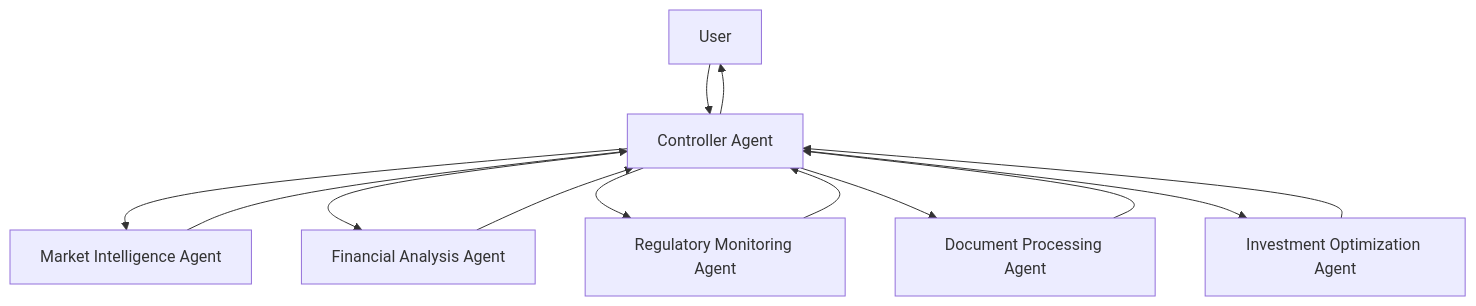
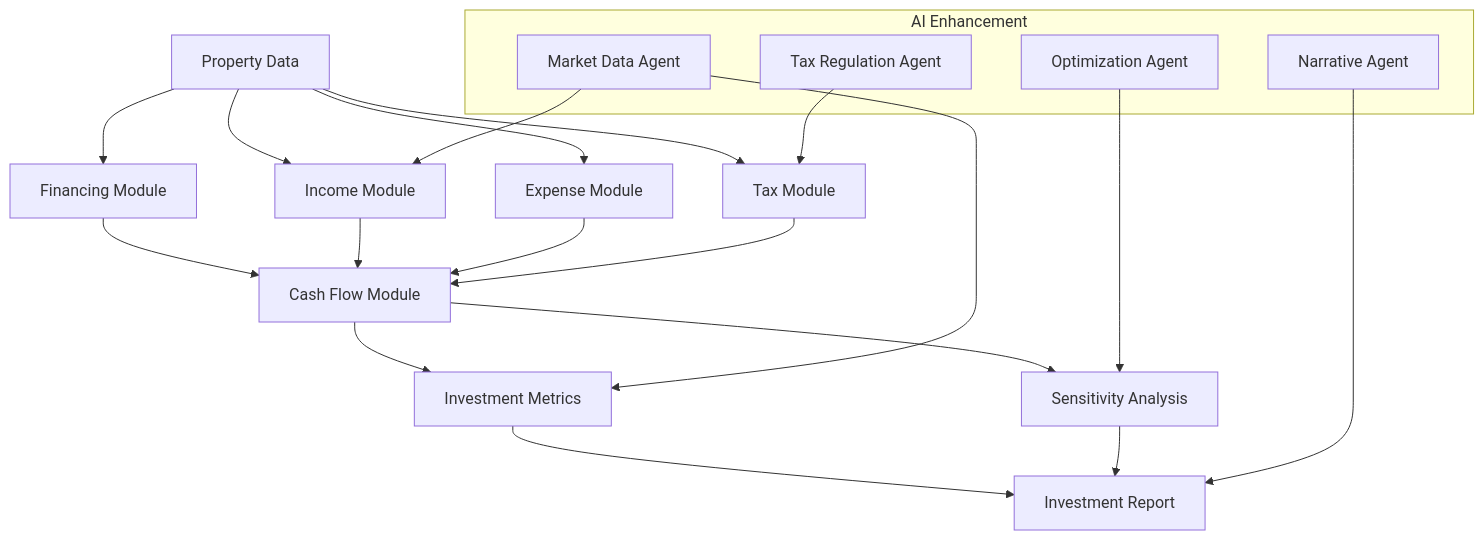
One commit to iAli61/investment_agent changed the fifth of 5 diagrams in RDP-Agents.md. Above: the diagram before and after it, drawn with Mermaid. The commit also changed other lines of this file and 24 other files, not shown here.

````diff
--- a/RDP-Agents.md
+++ b/RDP-Agents.md
@@ -412,18 +410,31 @@
 ```mermaid
 flowchart TD
-    User[User] --> Controller[Controller Agent]
+    PropData[Property Data] --> Financing[Financing Module]
+    PropData --> Income[Income Module]
+    PropData --> Expense[Expense Module]
+    PropData --> Tax[Tax Module]
     
-    Controller --> MarketAgent[Market Intelligence Agent]
-    Controller --> FinancialAgent[Financial Analysis Agent]
-    Controller --> RegulationAgent[Regulatory Monitoring Agent]
-    Controller --> DocumentAgent[Document Processing Agent]
-    Controller --> OptimizationAgent[Investment Optimization Agent]
+    Financing --> CashFlow[Cash Flow Module]
+    Income --> CashFlow
+    Expense --> CashFlow
+    Tax --> CashFlow
     
-    MarketAgent --> Controller
-    FinancialAgent --> Controller
-    RegulationAgent --> Controller
-    DocumentAgent --> Controller
-    OptimizationAgent --> Controller
+    CashFlow --> Metrics[Investment Metrics]
+    CashFlow --> Sensitivity[Sensitivity Analysis]
     
-    Controller --> User
+    Metrics --> Report[Investment Report]
+    Sensitivity --> Report
+    
+    subgraph "AI Enhancement"
+        MarketAgent[Market Data Agent]
+        TaxAgent[Tax Regulation Agent]
+        OptimizationAgent[Optimization Agent]
+        NarrativeAgent[Narrative Agent]
+    end
+    
+    MarketAgent --> Income
+    MarketAgent --> Metrics
+    TaxAgent --> Tax
+    OptimizationAgent --> Sensitivity
+    NarrativeAgent --> Report
 ```
````
